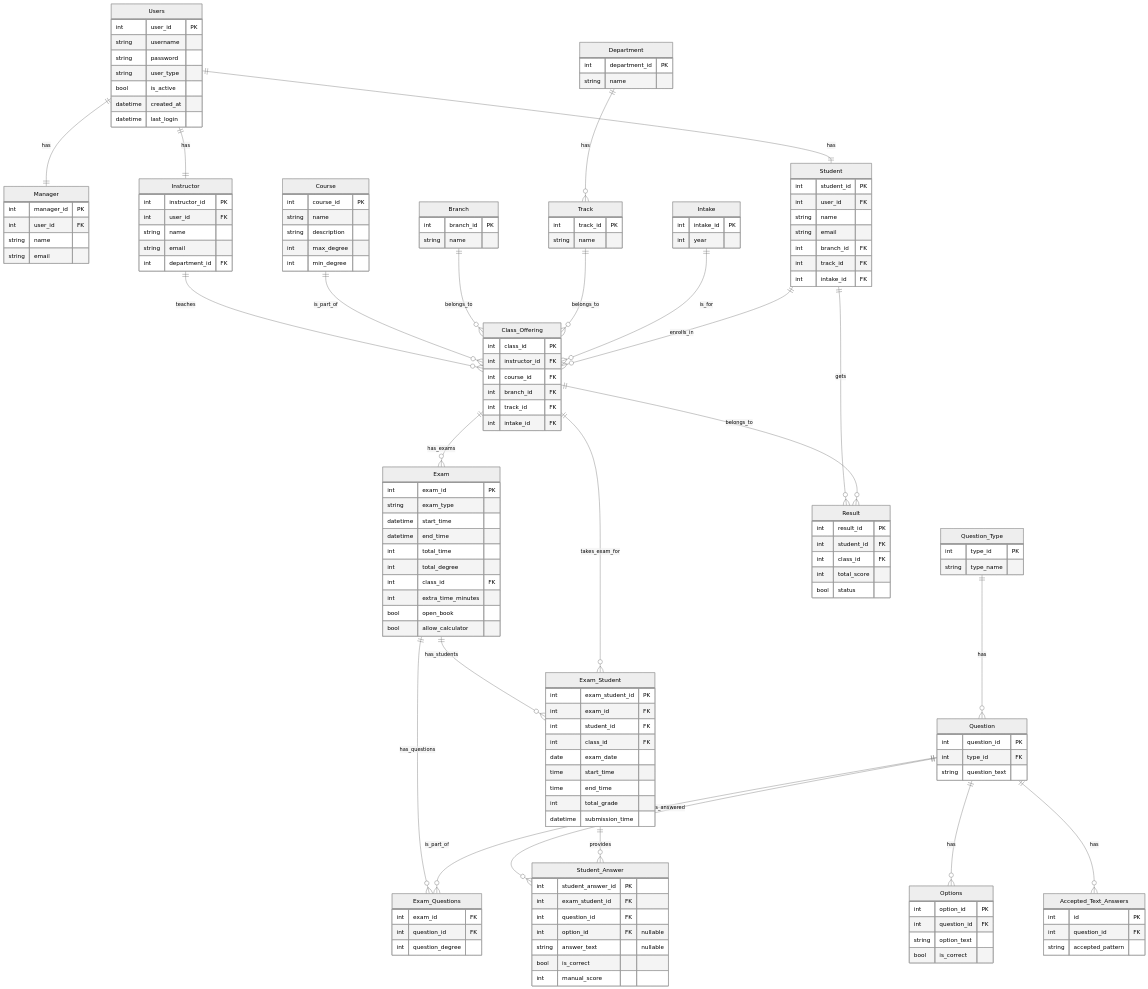
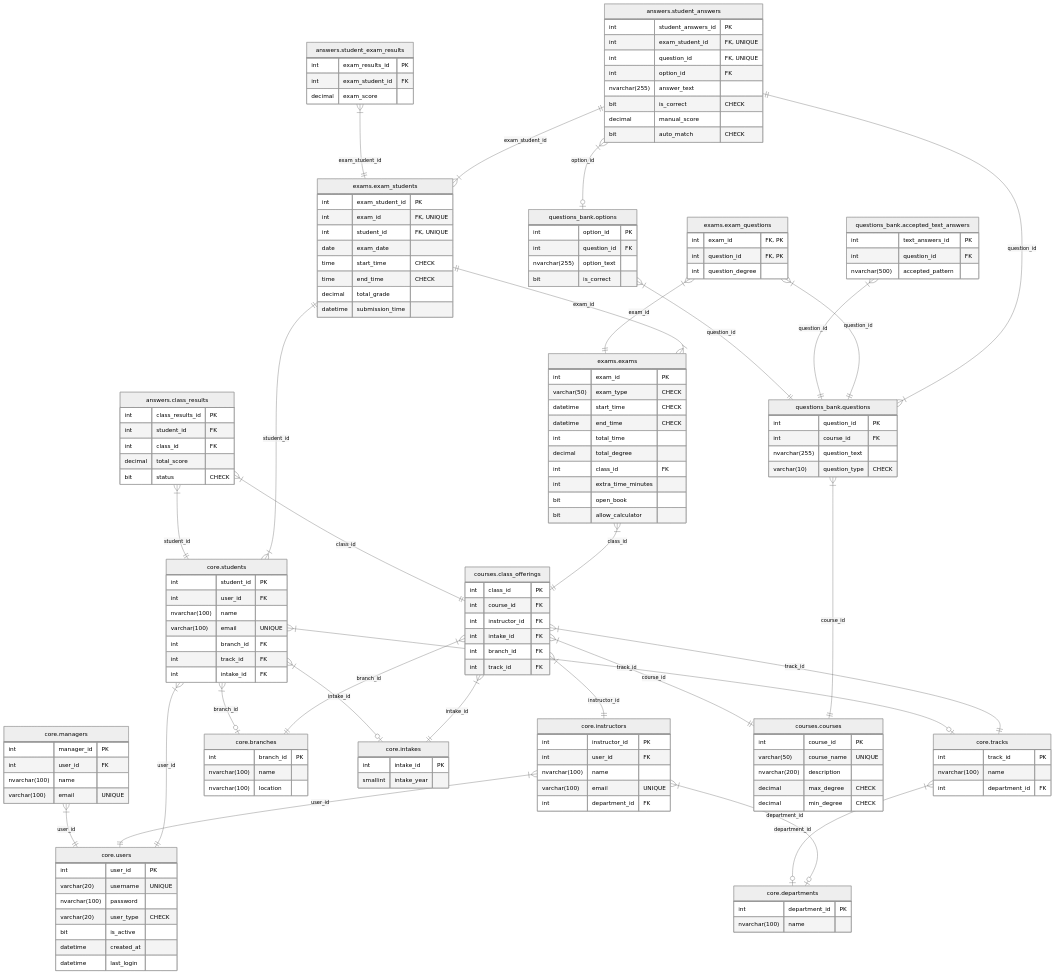
One commit to husseinMohamed7/G1-examination-system-db changed the diagram in README.md. Above: the diagram before and after it, drawn with Mermaid (neutral theme).

````diff
--- a/README.md
+++ b/README.md
@@ -14,173 +14,180 @@
 ```mermaid
 erDiagram
-Users {
-	int user_id PK ""  
-	string username  ""  
-	string password  ""  
-	string user_type  ""  
-    bool is_active
-    datetime created_at
-    datetime last_login
+      
+"answers.student_exam_results" {
+    int exam_results_id "PK"
+          int exam_student_id "FK"
+          decimal exam_score ""
+          
 }
-
-Manager {
-	int manager_id PK ""  
-	int user_id FK ""  
-	string name  ""  
-	string email  ""  
+"answers.class_results" {
+    int class_results_id "PK"
+          int student_id "FK"
+          int class_id "FK"
+          decimal total_score ""
+          bit status "CHECK"
+          
 }
-
-Instructor {
-	int instructor_id PK ""  
-	int user_id FK ""  
-	string name  ""  
-	string email  ""  
-    int department_id FK ""
+"core.users" {
+    int user_id "PK"
+          varchar(20) username "UNIQUE"
+          nvarchar(100) password ""
+          varchar(20) user_type "CHECK"
+          bit is_active ""
+          datetime created_at ""
+          datetime last_login ""
+          
 }
-
-Student {
-	int student_id PK ""  
-	int user_id FK ""  
-	string name  ""  
-	string email  ""  
-    int branch_id FK
-	int track_id FK
-	int intake_id FK
+"core.managers" {
+    int manager_id "PK"
+          int user_id "FK"
+          nvarchar(100) name ""
+          varchar(100) email "UNIQUE"
+          
 }
-
-Department {
-	int department_id PK ""  
-	string name  ""  
+"core.departments" {
+    int department_id "PK"
+          nvarchar(100) name ""
+          
 }
-
-Branch {
-	int branch_id PK ""  
-	string name  ""  
+"core.tracks" {
+    int track_id "PK"
+          nvarchar(100) name ""
+          int department_id "FK"
+          
 }
-
-Track {
-	int track_id PK ""  
-	string name  ""  
+"core.branches" {
+    int branch_id "PK"
+          nvarchar(100) name ""
+          nvarchar(100) location ""
+          
 }
-
-Intake {
-	int intake_id PK ""  
-	int year  ""  
+"core.intakes" {
+    int intake_id "PK"
+          smallint intake_year ""
+          
 }
-
-Course {
-	int course_id PK ""  
-	string name  ""  
-	string description  ""  
-	int max_degree  ""  
-	int min_degree  ""  
+"core.instructors" {
+    int instructor_id "PK"
+          int user_id "FK"
+          nvarchar(100) name ""
+          varchar(100) email "UNIQUE"
+          int department_id "FK"
+          
 }
-
-Class_Offering {
-	int class_id PK ""  
-	int instructor_id FK ""  
-	int course_id FK ""  
-	int branch_id FK ""  
-	int track_id FK ""  
-	int intake_id FK ""  
+"core.students" {
+    int student_id "PK"
+          int user_id "FK"
+          nvarchar(100) name ""
+          varchar(100) email "UNIQUE"
+          int branch_id "FK"
+          int track_id "FK"
+          int intake_id "FK"
+          
 }
-
-Exam {
-	int exam_id PK ""  
-	string exam_type  ""  
-	datetime start_time  ""  
-	datetime end_time  ""  
-	int total_time  ""  
-	int total_degree  ""  
-	int class_id FK ""  
-	int extra_time_minutes  ""  
-	bool open_book  ""  
-	bool allow_calculator  ""  
+"courses.courses" {
+    int course_id "PK"
+          varchar(50) course_name "UNIQUE"
+          nvarchar(200) description ""
+          decimal max_degree "CHECK"
+          decimal min_degree "CHECK"
+          
 }
-
-Exam_Questions {
-	int exam_id FK ""  
-	int question_id FK ""  
-	int question_degree  ""  
+"courses.class_offerings" {
+    int class_id "PK"
+          int course_id "FK"
+          int instructor_id "FK"
+          int intake_id "FK"
+          int branch_id "FK"
+          int track_id "FK"
+          
 }
-
-Exam_Student {
-	int exam_student_id PK ""  
-	int exam_id FK ""  
-	int student_id FK ""  
-	int class_id FK ""  
-	date exam_date  ""  
-	time start_time  ""  
-	time end_time  ""  
-	int total_grade  ""  
-	datetime submission_time  ""  
+"questions_bank.questions" {
+    int question_id "PK"
+          int course_id "FK"
+          nvarchar(255) question_text ""
+          varchar(10) question_type "CHECK"
+          
 }
-
-Question_Type {
-	int type_id PK ""  
-	string type_name  ""  
+"questions_bank.options" {
+    int option_id "PK"
+          int question_id "FK"
+          nvarchar(255) option_text ""
+          bit is_correct ""
+          
 }
-
-Question {
-	int question_id PK ""  
-	int type_id FK ""  
-	string question_text  ""  
+"questions_bank.accepted_text_answers" {
+    int text_answers_id "PK"
+          int question_id "FK"
+          nvarchar(500) accepted_pattern ""
+          
 }
-
-Accepted_Text_Answers {
-	int id PK ""  
-	int question_id FK ""  
-	string accepted_pattern  ""  
+"exams.exams" {
+    int exam_id "PK"
+          varchar(50) exam_type "CHECK"
+          datetime start_time "CHECK"
+          datetime end_time "CHECK"
+          int total_time ""
+          decimal total_degree ""
+          int class_id "FK"
+          int extra_time_minutes ""
+          bit open_book ""
+          bit allow_calculator ""
+          
 }
-
-Options {
-	int option_id PK ""  
-	int question_id FK ""  
-	string option_text  ""  
-	bool is_correct  ""  
+"exams.exam_questions" {
+    int exam_id "FK, PK"
+          int question_id "FK, PK"
+          int question_degree ""
+          
 }
-
-Student_Answer {
-	int student_answer_id PK ""  
-	int exam_student_id FK ""  
-	int question_id FK ""  
-	int option_id FK "nullable"  
-	string answer_text  "nullable"  
-	bool is_correct  "" 
-    int manual_score 
+"exams.exam_students" {
+    int exam_student_id "PK"
+          int exam_id "FK, UNIQUE"
+          int student_id "FK, UNIQUE"
+          date exam_date ""
+          time start_time "CHECK"
+          time end_time "CHECK"
+          decimal total_grade ""
+          datetime submission_time ""
+          
 }
-
-Result {
-	int result_id PK ""  
-	int student_id FK ""  
-	int class_id FK ""  
-	int total_score  ""  
-	bool status  ""  
+"answers.student_answers" {
+    int student_answers_id "PK"
+          int exam_student_id "FK, UNIQUE"
+          int question_id "FK, UNIQUE"
+          int option_id "FK"
+          nvarchar(255) answer_text ""
+          bit is_correct "CHECK"
+          decimal manual_score ""
+          bit auto_match "CHECK"
+          
 }
-
-Users ||--|| Instructor : "has"
-Users ||--|| Student : "has"
-Users ||--|| Manager : "has"
-
-Department ||--o{ Track : "has"
-Instructor ||--o{ Class_Offering : "teaches"
-Course ||--o{ Class_Offering : "is_part_of"
-Branch ||--o{ Class_Offering : "belongs_to"
-Track ||--o{ Class_Offering : "belongs_to"
-Intake ||--o{ Class_Offering : "is_for"
-Student ||--o{ Class_Offering : "enrolls_in"
-
-Exam ||--o{ Exam_Questions : "has_questions"
-Exam ||--o{ Exam_Student : "has_students"
-Class_Offering ||--o{ Exam : "has_exams"
-Class_Offering ||--o{ Exam_Student : "takes_exam_for"
-
-Question_Type ||--o{ Question : "has"
-Question ||--o{ Options : "has"
-Question ||--o{ Exam_Questions : "is_part_of"
-Question ||--o{ Accepted_Text_Answers : "has"
-Question||--o{Student_Answer:"is_answered"
-Exam_Student ||--o{ Student_Answer : "provides"
-Student ||--o{ Result : "gets"
-Class_Offering ||--o{ Result : "belongs_to"
+      "answers.student_exam_results" }|--|| "exams.exam_students": "exam_student_id"
+"answers.class_results" }|--|| "core.students": "student_id"
+"answers.class_results" }|--|| "courses.class_offerings": "class_id"
+"core.managers" }|--|| "core.users": "user_id"
+"core.tracks" |{--o| "core.departments": "department_id"
+"core.instructors" }|--|| "core.users": "user_id"
+"core.instructors" |{--o| "core.departments": "department_id"
+"core.students" }|--|| "core.users": "user_id"
+"core.students" |{--o| "core.branches": "branch_id"
+"core.students" |{--o| "core.tracks": "track_id"
+"core.students" |{--o| "core.intakes": "intake_id"
+"courses.class_offerings" }|--|| "courses.courses": "course_id"
+"courses.class_offerings" }|--|| "core.instructors": "instructor_id"
+"courses.class_offerings" }|--|| "core.intakes": "intake_id"
+"courses.class_offerings" }|--|| "core.branches": "branch_id"
+"courses.class_offerings" }|--|| "core.tracks": "track_id"
+"questions_bank.questions" }|--|| "courses.courses": "course_id"
+"questions_bank.options" }|--|| "questions_bank.questions": "question_id"
+"questions_bank.accepted_text_answers" }|--|| "questions_bank.questions": "question_id"
+"exams.exams" }|--|| "courses.class_offerings": "class_id"
+"exams.exam_questions" }|--|| "exams.exams": "exam_id"
+"exams.exam_questions" }|--|| "questions_bank.questions": "question_id"
+"exams.exam_students" ||--|{ "exams.exams": "exam_id"
+"exams.exam_students" ||--|{ "core.students": "student_id"
+"answers.student_answers" ||--|{ "exams.exam_students": "exam_student_id"
+"answers.student_answers" ||--|{ "questions_bank.questions": "question_id"
+"answers.student_answers" |{--o| "questions_bank.options": "option_id"
 ```
````
